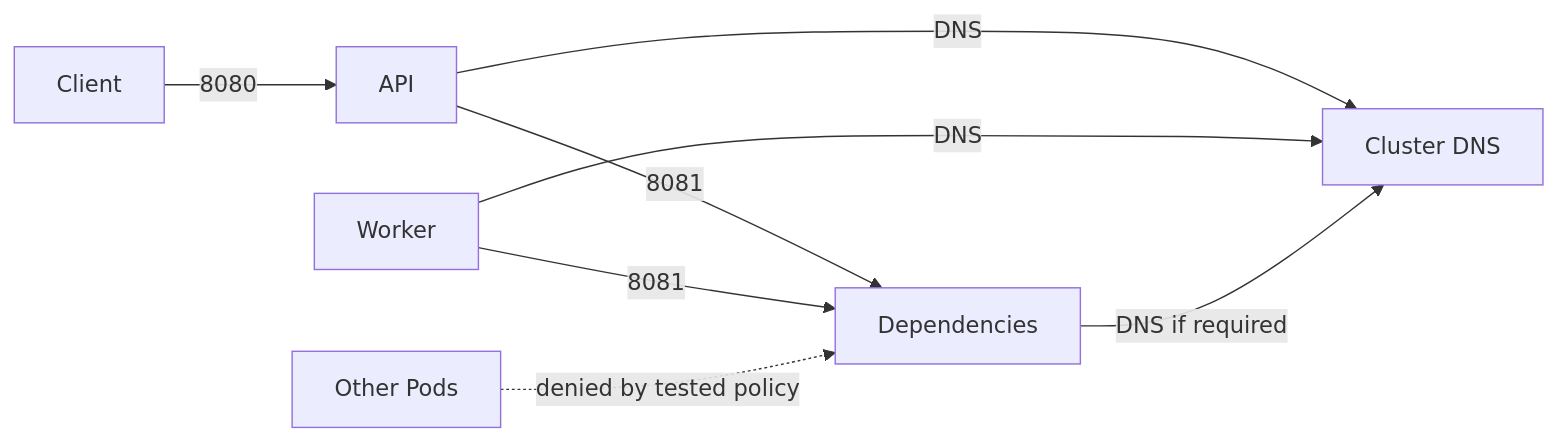
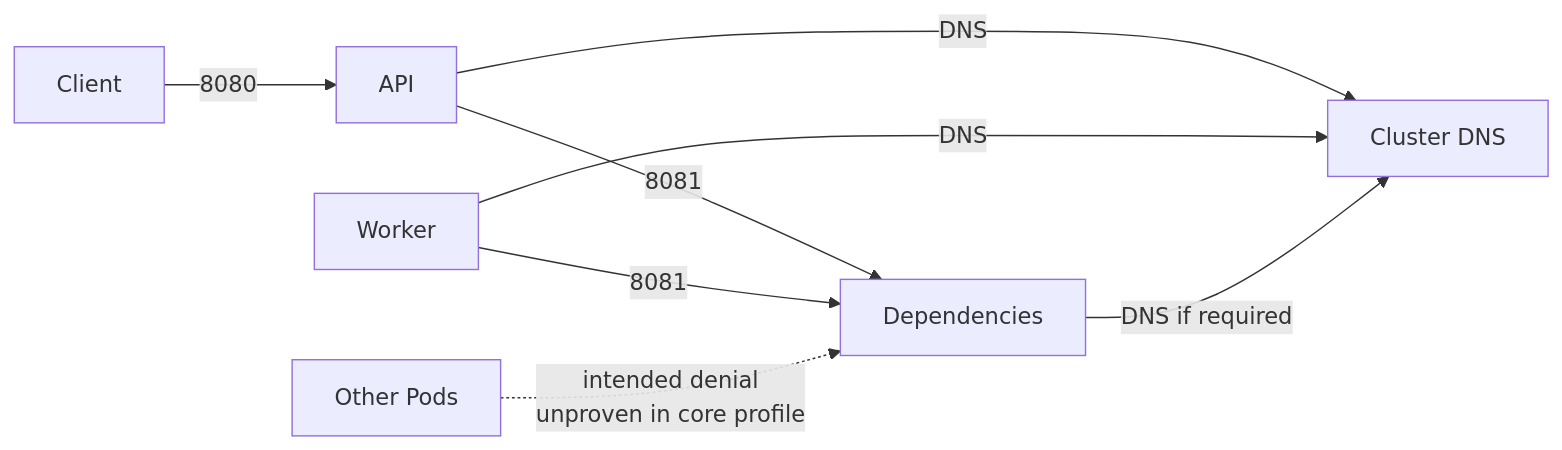
One commit to schoolofdevops/309-agentic-iac-site changed the ninth of 11 diagrams in docs/m9-deploy-applications-kubernetes-helm-ai-agents/lesson.md. Above: the diagram before and after it, drawn with Mermaid. The commit also changed 3 other files, not shown here.

````diff
--- a/docs/m9-deploy-applications-kubernetes-helm-ai-agents/lesson.md
+++ b/docs/m9-deploy-applications-kubernetes-helm-ai-agents/lesson.md
@@ -746,10 +746,10 @@
 ```mermaid
 flowchart LR
     C[Client] -->|8080| A[API]
     A -->|8081| D[Dependencies]
     W[Worker] -->|8081| D
     A -->|DNS| N[Cluster DNS]
     W -->|DNS| N
     D -->|DNS if required| N
-    X[Other Pods] -. denied by tested policy .-> D
+    X[Other Pods] -. intended denial<br/>unproven in core profile .-> D
 ```
````
